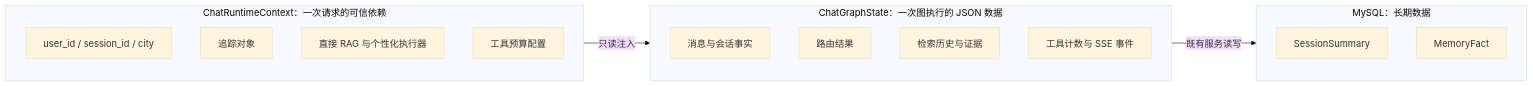
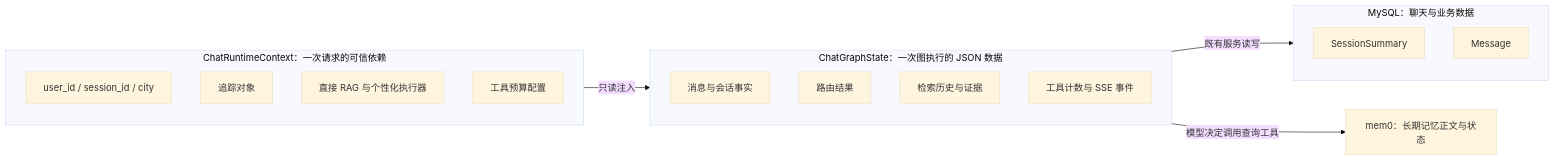
The fourth of 6 diagrams in docs/langgraph-chat-routing.md (Leewx-char/FitAgent), drawn with Mermaid (base theme) before and after one commit. The commit also changed other lines of this file and 25 other files, not shown here.

Commit message:
feat(memory): add user-controlled mem0 long-term memory

````diff
--- a/docs/langgraph-chat-routing.md
+++ b/docs/langgraph-chat-routing.md
@@ -77,24 +77,27 @@
 ```mermaid
 flowchart LR
     subgraph Runtime[ChatRuntimeContext：一次请求的可信依赖]
         R1[user_id / session_id / city]
         R2[追踪对象]
         R3[直接 RAG 与个性化执行器]
         R4[工具预算配置]
     end
 
     subgraph State[ChatGraphState：一次图执行的 JSON 数据]
         S1[消息与会话事实]
         S2[路由结果]
         S3[检索历史与证据]
         S4[工具计数与 SSE 事件]
     end
 
-    subgraph Database[MySQL：长期数据]
+    subgraph Database[MySQL：聊天与业务数据]
         D1[SessionSummary]
-        D2[MemoryFact]
+        D2[Message]
     end
+
+    Memory[mem0：长期记忆正文与状态]
 
     Runtime -->|只读注入| State
     State -->|既有服务读写| Database
+    State -->|模型决定调用查询工具| Memory
 ```
````
